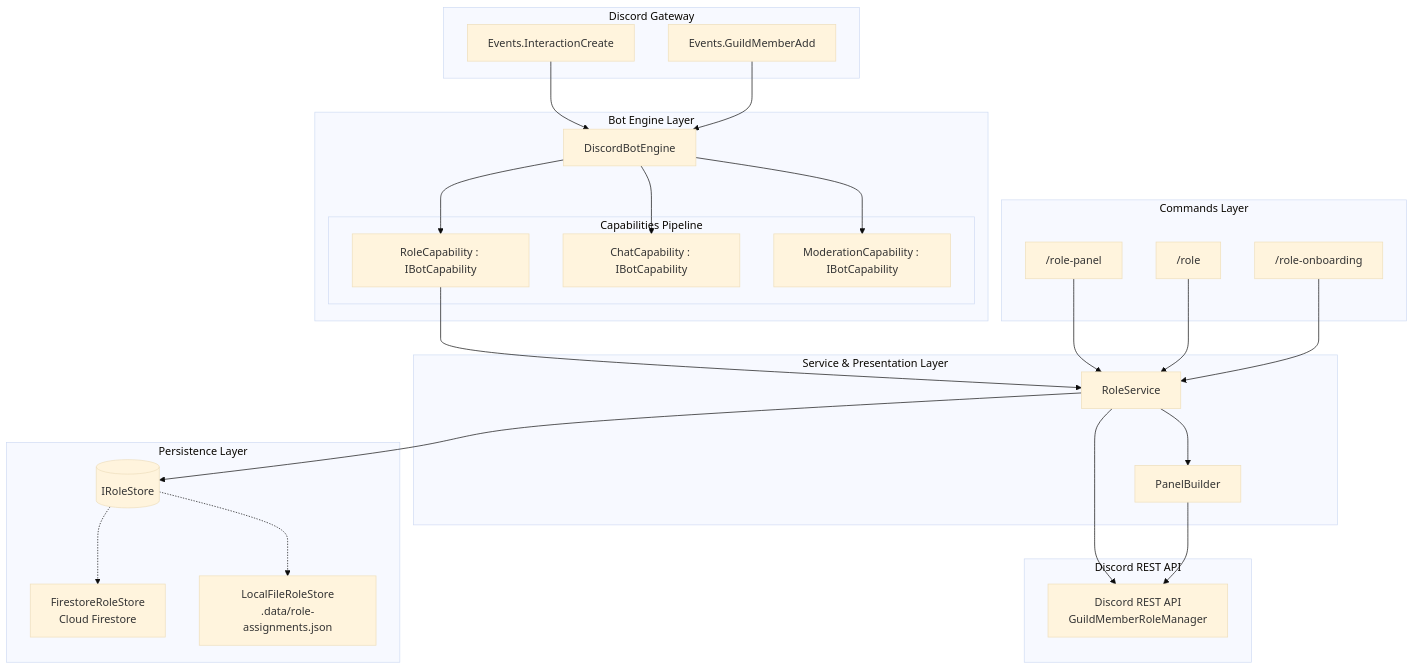
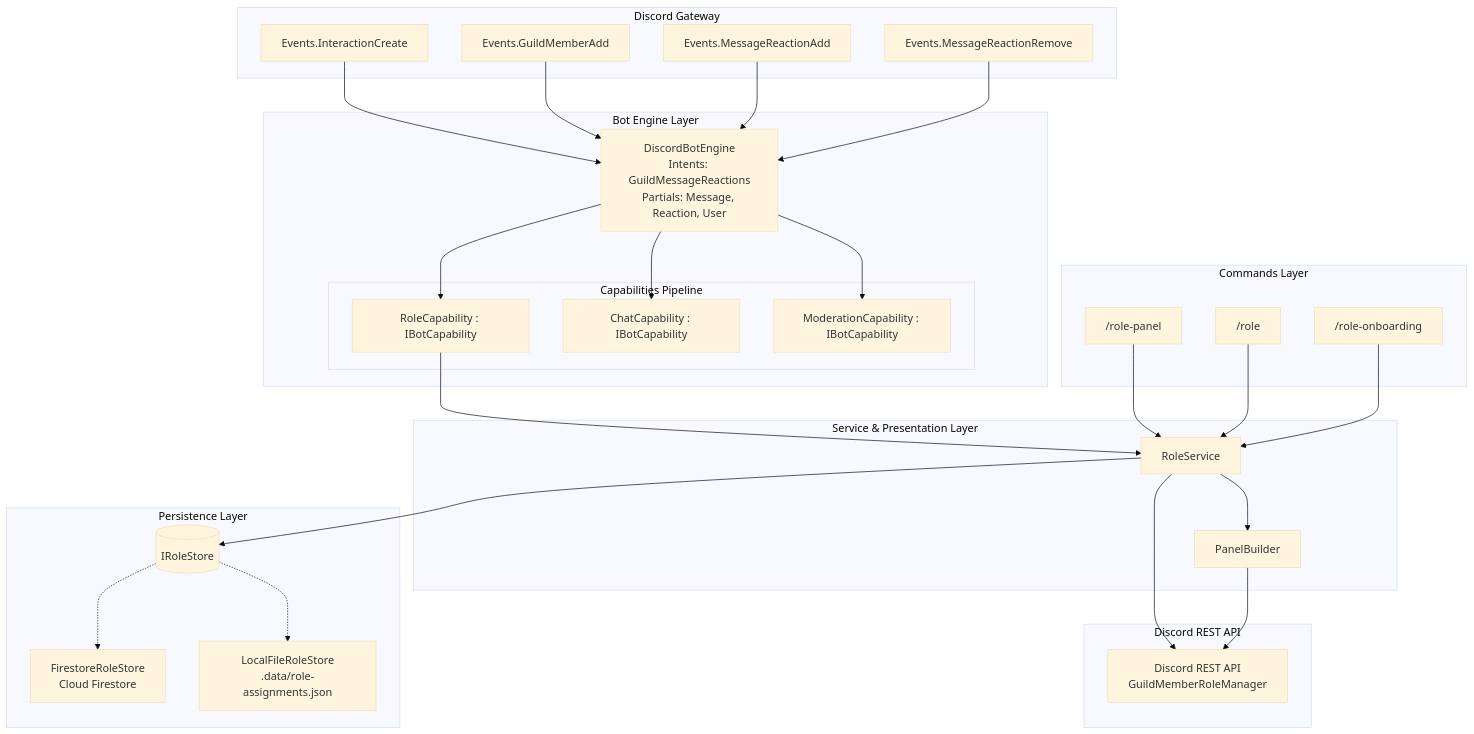
The first of 4 diagrams in docs/role-assignment-design.md (nthungdev/discord-bot), drawn with Mermaid (base theme) before and after one commit. The commit also changed other lines of this file and 19 other files, not shown here.

````diff
--- a/docs/role-assignment-design.md
+++ b/docs/role-assignment-design.md
@@ -31,53 +32,57 @@
 ```mermaid
 flowchart TD
     subgraph Discord Gateway
         GW1[Events.InteractionCreate]
         GW2[Events.GuildMemberAdd]
+        GW3[Events.MessageReactionAdd]
+        GW4[Events.MessageReactionRemove]
     end
 
     subgraph Bot Engine Layer
-        DBE[DiscordBotEngine]
+        DBE[DiscordBotEngine<br/>Intents: GuildMessageReactions<br/>Partials: Message, Reaction, User]
         GW1 --> DBE
         GW2 --> DBE
+        GW3 --> DBE
+        GW4 --> DBE
 
         subgraph Capabilities Pipeline
             RC[RoleCapability : IBotCapability]
             CC[ChatCapability : IBotCapability]
             MC[ModerationCapability : IBotCapability]
         end
         DBE --> RC
         DBE --> CC
         DBE --> MC
     end
 
     subgraph Service & Presentation Layer
         RS[RoleService]
         PB[PanelBuilder]
         RC --> RS
         RS --> PB
     end
 
     subgraph Commands Layer
         CMD1["/role-panel"]
         CMD2["/role"]
         CMD3["/role-onboarding"]
         CMD1 --> RS
         CMD2 --> RS
         CMD3 --> RS
     end
 
     subgraph Persistence Layer
         IRStore[(IRoleStore)]
         FRS[FirestoreRoleStore<br/>Cloud Firestore]
         LFS[LocalFileRoleStore<br/>.data/role-assignments.json]
         IRStore -.-> FRS
         IRStore -.-> LFS
         RS --> IRStore
     end
 
     subgraph Discord REST API
         D_REST[Discord REST API<br/>GuildMemberRoleManager]
         RS --> D_REST
         PB --> D_REST
     end
 ```
````
